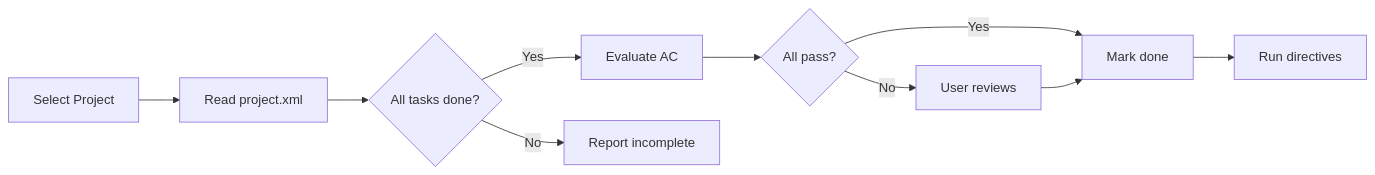
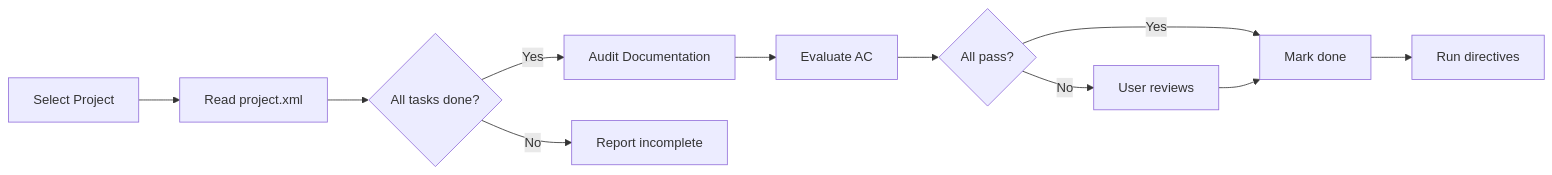
One commit to mattfletcher94/festinalente changed the diagram in .festinalente/product/skills/complete-project.md. Above: the diagram before and after it, drawn with Mermaid. The commit also changed other lines of this file and 7 other files, not shown here.

````diff
--- a/.festinalente/product/skills/complete-project.md
+++ b/.festinalente/product/skills/complete-project.md
@@ -29,12 +29,13 @@
 ```mermaid
 flowchart LR
     Select[Select Project] --> Read[Read project.xml]
     Read --> Check{All tasks done?}
-    Check -->|Yes| Evaluate[Evaluate AC]
+    Check -->|Yes| Audit[Audit Documentation]
+    Audit --> Evaluate[Evaluate AC]
     Check -->|No| Report[Report incomplete]
     Evaluate --> Pass{All pass?}
     Pass -->|Yes| Done[Mark done]
     Pass -->|No| Review[User reviews]
     Review --> Done
     Done --> Directive[Run directives]
 ```
````
